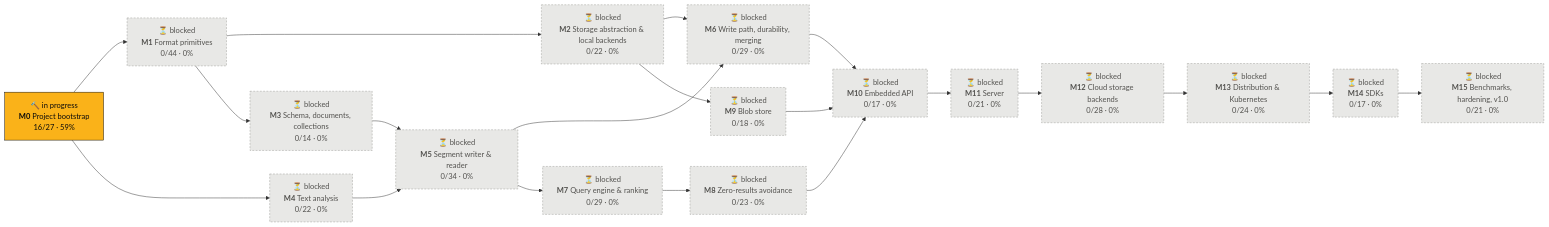
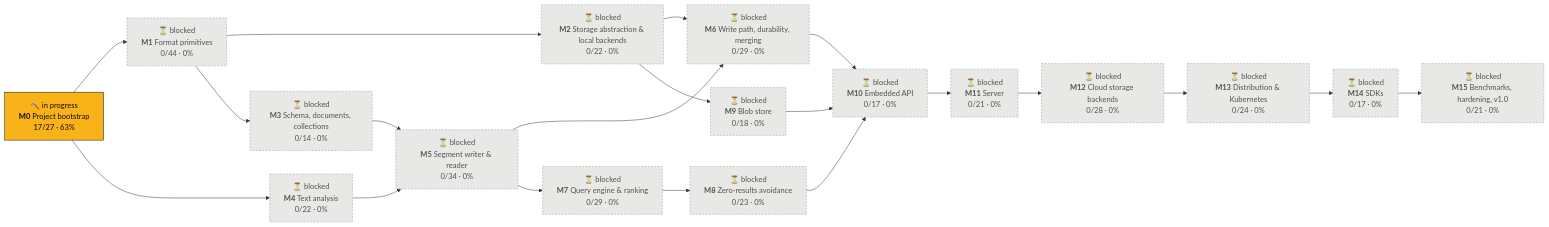
Before and after one commit to tomiok/persiaDB: the first of 2 diagrams in PROGRESS.md, drawn with Mermaid. The commit also changed other lines of this file and 3 other files, not shown here.

Commit message:
docs: document the Claude Code assets (ROADMAP 0.3.3)

````diff
--- a/PROGRESS.md
+++ b/PROGRESS.md
@@ -14,42 +14,42 @@
 ```mermaid
 flowchart LR
-  M0["🔨 in progress<br/><b>M0</b> Project bootstrap<br/>16/27 · 59%"]:::doing
+  M0["🔨 in progress<br/><b>M0</b> Project bootstrap<br/>17/27 · 63%"]:::doing
   M1["⏳ blocked<br/><b>M1</b> Format primitives<br/>0/44 · 0%"]:::blocked
   M2["⏳ blocked<br/><b>M2</b> Storage abstraction & local backends<br/>0/22 · 0%"]:::blocked
   M3["⏳ blocked<br/><b>M3</b> Schema, documents, collections<br/>0/14 · 0%"]:::blocked
   M4["⏳ blocked<br/><b>M4</b> Text analysis<br/>0/22 · 0%"]:::blocked
   M5["⏳ blocked<br/><b>M5</b> Segment writer & reader<br/>0/34 · 0%"]:::blocked
   M6["⏳ blocked<br/><b>M6</b> Write path, durability, merging<br/>0/29 · 0%"]:::blocked
   M7["⏳ blocked<br/><b>M7</b> Query engine & ranking<br/>0/29 · 0%"]:::blocked
   M8["⏳ blocked<br/><b>M8</b> Zero-results avoidance<br/>0/23 · 0%"]:::blocked
   M9["⏳ blocked<br/><b>M9</b> Blob store<br/>0/18 · 0%"]:::blocked
   M10["⏳ blocked<br/><b>M10</b> Embedded API<br/>0/17 · 0%"]:::blocked
   M11["⏳ blocked<br/><b>M11</b> Server<br/>0/21 · 0%"]:::blocked
   M12["⏳ blocked<br/><b>M12</b> Cloud storage backends<br/>0/28 · 0%"]:::blocked
   M13["⏳ blocked<br/><b>M13</b> Distribution & Kubernetes<br/>0/24 · 0%"]:::blocked
   M14["⏳ blocked<br/><b>M14</b> SDKs<br/>0/17 · 0%"]:::blocked
   M15["⏳ blocked<br/><b>M15</b> Benchmarks, hardening, v1.0<br/>0/21 · 0%"]:::blocked
   M0 --> M1
   M1 --> M2
   M1 --> M3
   M0 --> M4
   M3 --> M5
   M4 --> M5
   M2 --> M6
   M5 --> M6
   M5 --> M7
   M7 --> M8
   M2 --> M9
   M6 --> M10
   M8 --> M10
   M9 --> M10
   M10 --> M11
   M11 --> M12
   M12 --> M13
   M13 --> M14
   M14 --> M15
   classDef done fill:#0ca30c,stroke:#0b0b0b,color:#0b0b0b
   classDef doing fill:#fab219,stroke:#0b0b0b,color:#0b0b0b
   classDef ready fill:#fcfcfb,stroke:#0b0b0b,stroke-width:2px,color:#0b0b0b
   classDef blocked fill:#e8e8e6,stroke:#9a9a96,stroke-dasharray:4 3,color:#52514e
 ```
````
